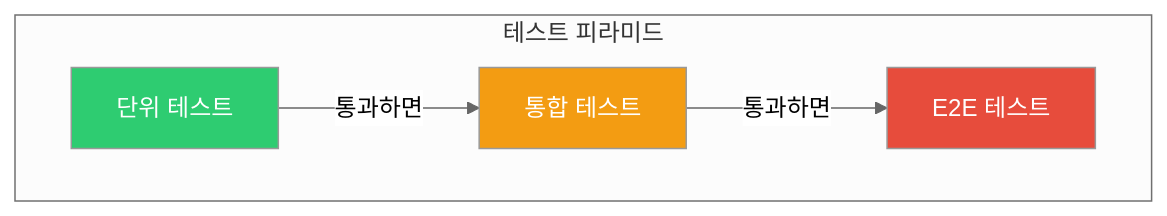
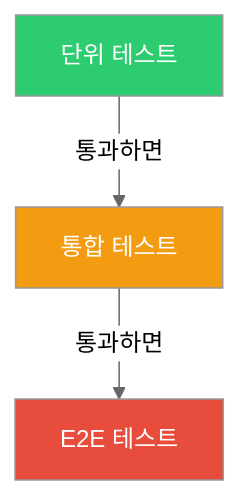
One commit to yjkim2015/yjkim2015.github.io changed the sixth of 8 diagrams in _posts/frontend/2026-05-01-frontend-architecture.md. Above: the diagram before and after it, drawn with Mermaid (neutral theme). The commit also changed 155 other files, not shown here.

First line of the commit message:
Mermaid 전면 수정: subgraph 제거, participant/노드/줄수 축소 (342블록)

````diff
--- a/_posts/frontend/2026-05-01-frontend-architecture.md
+++ b/_posts/frontend/2026-05-01-frontend-architecture.md
@@ -361,13 +361,8 @@
 ```mermaid
 flowchart TD
-    subgraph "테스트 피라미드"
-        E2E["E2E 테스트"]
-        INT["통합 테스트"]
-        UNIT["단위 테스트"]
-    end
-    UNIT -->|"통과하면"| INT
-    INT -->|"통과하면"| E2E
+    UNIT["단위 테스트"] -->|"통과하면"| INT["통합 테스트"]
+    INT -->|"통과하면"| E2E["E2E 테스트"]
     style E2E fill:#e74c3c,color:#fff
     style INT fill:#f39c12,color:#fff
     style UNIT fill:#2ecc71,color:#fff
 ```
````
